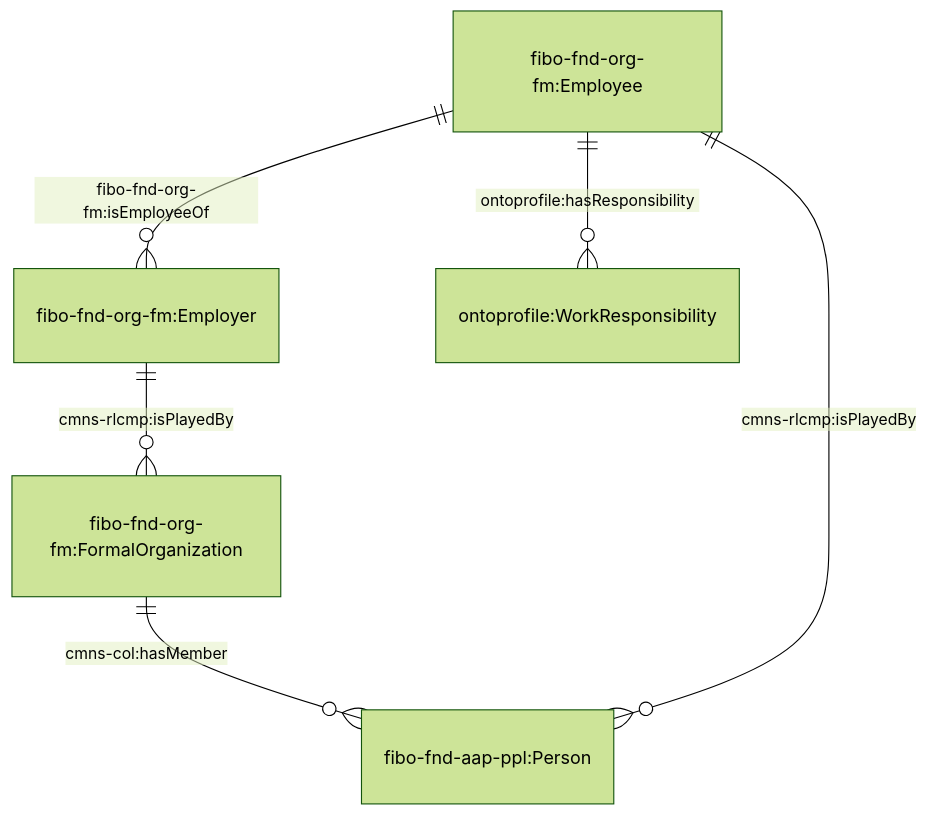
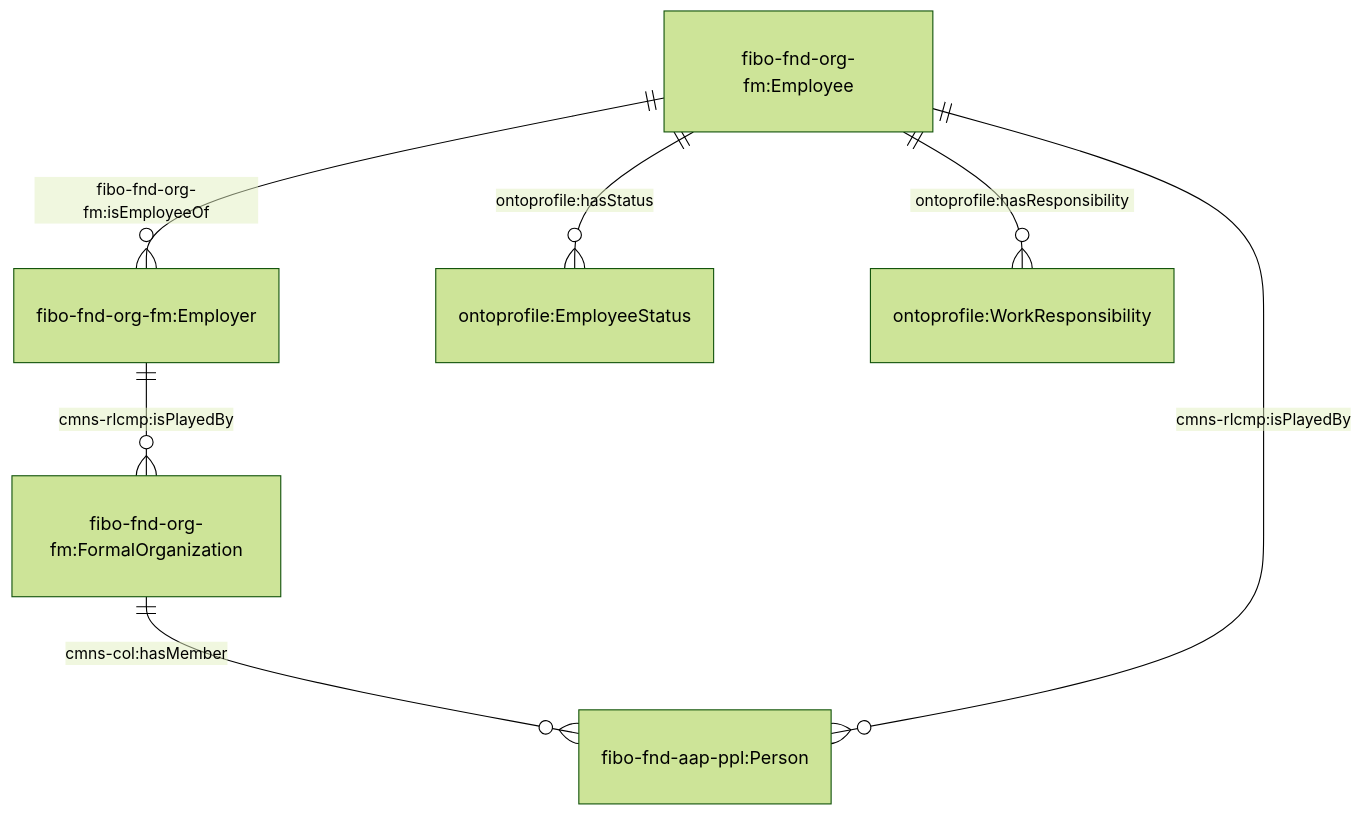
The second of 4 diagrams in JPS_Ontology/ontology/ontoprofile/README.MD (cambridge-cares/TheWorldAvatar), drawn with Mermaid (forest theme) before and after one commit. The commit also changed other lines of this file and 3 other files, not shown here.

Commit message:
1828-dev-ontoprofile: Added employee status and enums

````diff
--- a/JPS_Ontology/ontology/ontoprofile/README.MD
+++ b/JPS_Ontology/ontology/ontoprofile/README.MD
@@ -93,10 +93,11 @@
 ```mermaid
     erDiagram
     "fibo-fnd-org-fm:Employer" ||--o{ "fibo-fnd-org-fm:FormalOrganization"  : "cmns-rlcmp:isPlayedBy"
     "fibo-fnd-org-fm:Employee" ||--o{ "fibo-fnd-org-fm:Employer" : "fibo-fnd-org-fm:isEmployeeOf"
+    "fibo-fnd-org-fm:Employee" ||--o{ "ontoprofile:EmployeeStatus" : "ontoprofile:hasStatus"
 
     "fibo-fnd-org-fm:FormalOrganization" ||--o{ "fibo-fnd-aap-ppl:Person" : "cmns-col:hasMember"
     "fibo-fnd-org-fm:Employee" ||--o{ "fibo-fnd-aap-ppl:Person"  : "cmns-rlcmp:isPlayedBy"
 
     "fibo-fnd-org-fm:Employee" ||--o{ "ontoprofile:WorkResponsibility" : "ontoprofile:hasResponsibility"
 ```
````
